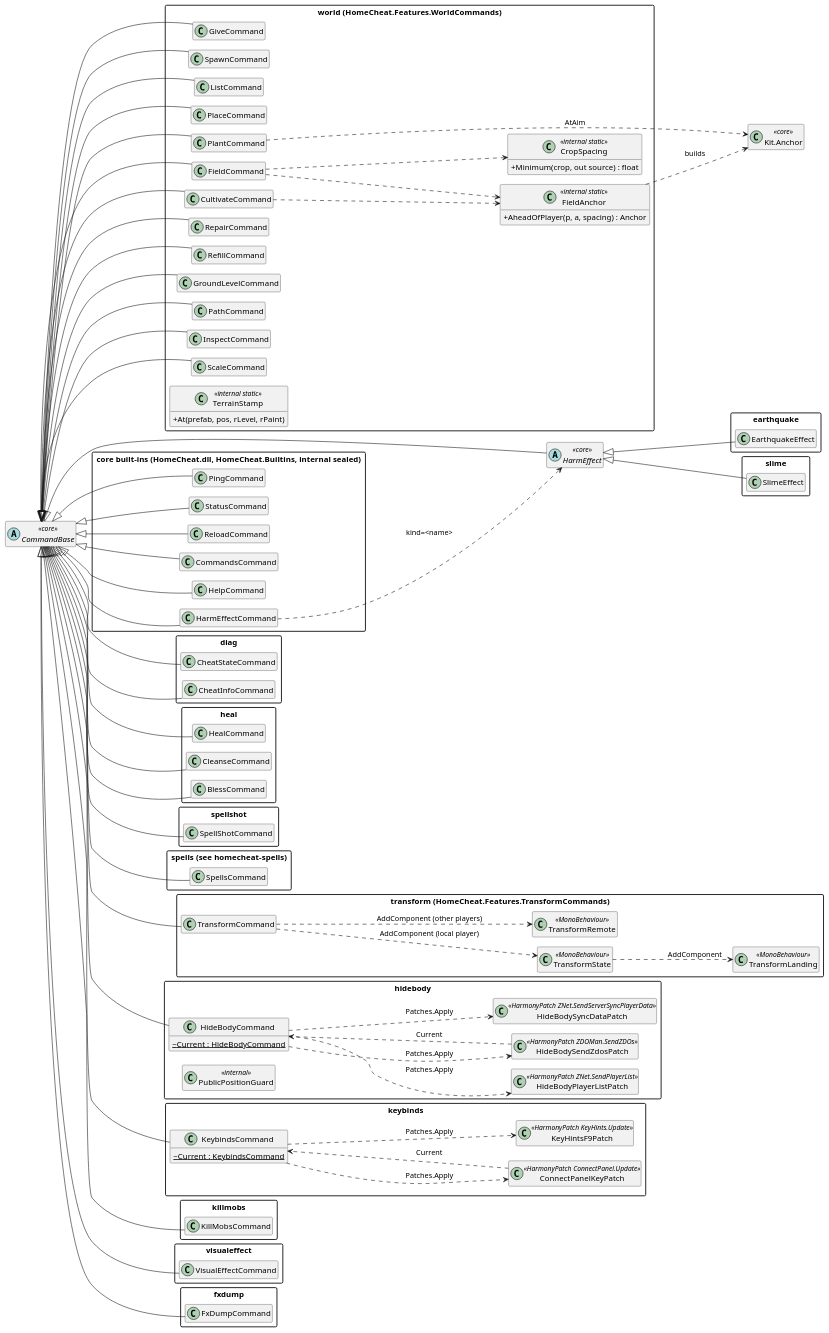
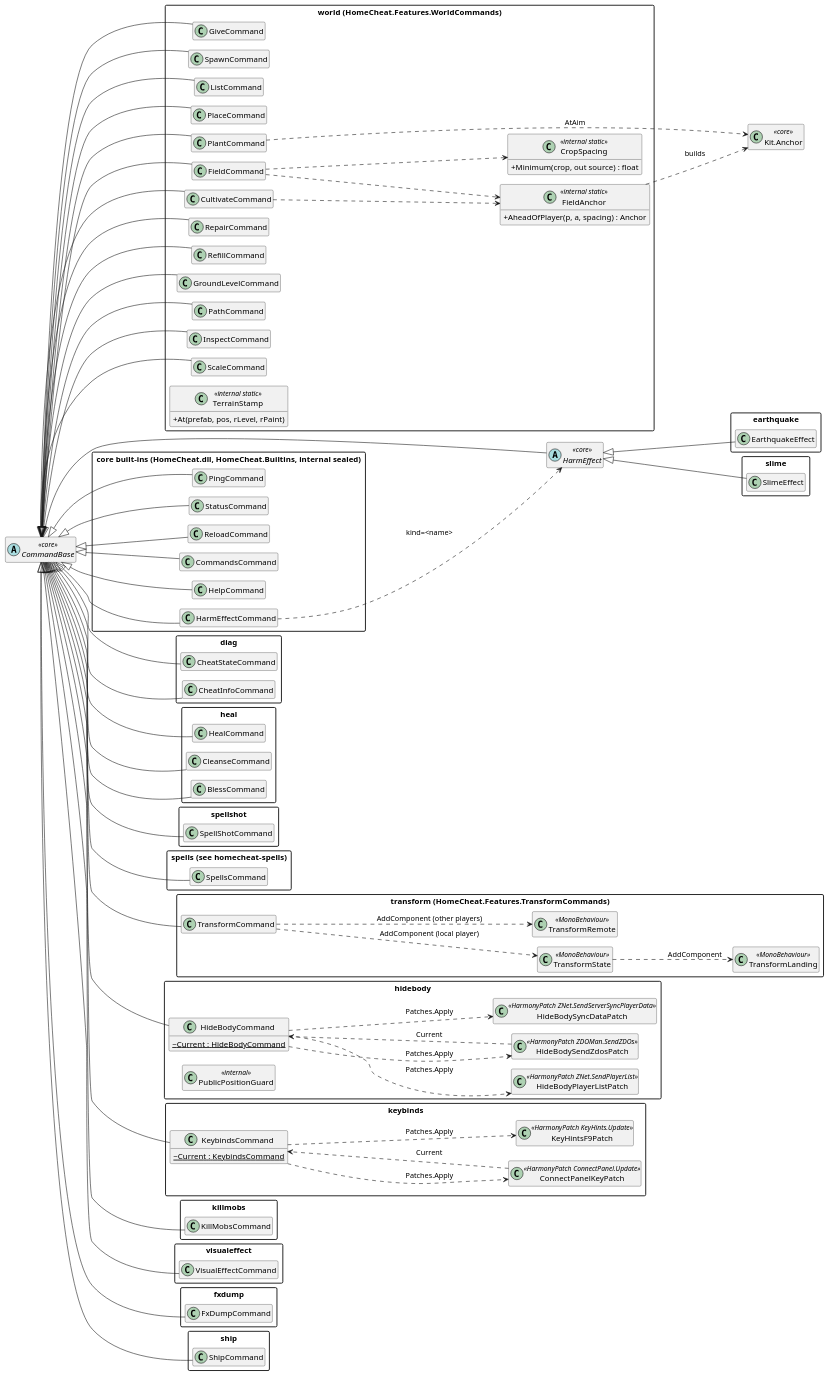
Before and after one commit to Maksym-Denysiuk/ValheimMods: the diagram in docs/diagrams/homecheat-features.puml, drawn with PlantUML. The commit also changed 10 other files, not shown here.

First line of the commit message:
Ship: new command ship, sail force multiplier x1-x10 (W1-ship)

```diff
--- a/docs/diagrams/homecheat-features.puml
+++ b/docs/diagrams/homecheat-features.puml
@@ -1,156 +1,160 @@
 @startuml homecheat-features
 ' HomeCheat feature DLLs: one package = one Features/<Feature> folder = one HomeCheat.Cmd.<feature>.v<stamp>.dll.
 ' 28 feature commands + 6 built-ins = 34. Checked against src/Features on 2026-10-25.
 !pragma layout smetana
 skinparam classAttributeIconSize 0
 skinparam shadowing false
 skinparam packageStyle rectangle
 hide empty members
 left to right direction
 
 abstract class CommandBase <<core>>
 abstract class HarmEffect <<core>>
 class "Kit.Anchor" as KitAnchor <<core>>
 CommandBase <|-- HarmEffect
 
 package "core built-ins  (HomeCheat.dll, HomeCheat.Builtins, internal sealed)" as core {
   class PingCommand
   class StatusCommand
   class ReloadCommand
   class CommandsCommand
   class HelpCommand
   class HarmEffectCommand
 }
 CommandBase <|-- PingCommand
 CommandBase <|-- StatusCommand
 CommandBase <|-- ReloadCommand
 CommandBase <|-- CommandsCommand
 CommandBase <|-- HelpCommand
 CommandBase <|-- HarmEffectCommand
 HarmEffectCommand ..> HarmEffect : kind=<name>
 
 package "world  (HomeCheat.Features.WorldCommands)" as world {
   class GiveCommand
   class SpawnCommand
   class ListCommand
   class PlaceCommand
   class PlantCommand
   class FieldCommand
   class CultivateCommand
   class RepairCommand
   class RefillCommand
   class GroundLevelCommand
   class PathCommand
   class InspectCommand
   class ScaleCommand
   class FieldAnchor <<internal static>> {
     +AheadOfPlayer(p, a, spacing) : Anchor
   }
   class CropSpacing <<internal static>> {
     +Minimum(crop, out source) : float
   }
   class TerrainStamp <<internal static>> {
     +At(prefab, pos, rLevel, rPaint)
   }
 }
 
 package "diag" as diag {
   class CheatStateCommand
   class CheatInfoCommand
 }
 
 package "heal" as heal {
   class HealCommand
   class CleanseCommand
   class BlessCommand
 }
 
 package "earthquake" as eq {
   class EarthquakeEffect
 }
 package "slime" as sl {
   class SlimeEffect
 }
 package "spellshot" as ss {
   class SpellShotCommand
 }
 package "spells  (see homecheat-spells)" as sp {
   class SpellsCommand
 }
 package "transform  (HomeCheat.Features.TransformCommands)" as tr {
   class TransformCommand
   class TransformState <<MonoBehaviour>>
   class TransformRemote <<MonoBehaviour>>
   class TransformLanding <<MonoBehaviour>>
 }
 package "hidebody" as hb {
   class HideBodyCommand {
     ~{static} Current : HideBodyCommand
   }
   class HideBodySendZdosPatch <<HarmonyPatch ZDOMan.SendZDOs>>
   class HideBodyPlayerListPatch <<HarmonyPatch ZNet.SendPlayerList>>
   class HideBodySyncDataPatch <<HarmonyPatch ZNet.SendServerSyncPlayerData>>
   class PublicPositionGuard <<internal>>
 }
 package "keybinds" as kb {
   class KeybindsCommand {
     ~{static} Current : KeybindsCommand
   }
   class ConnectPanelKeyPatch <<HarmonyPatch ConnectPanel.Update>>
   class KeyHintsF9Patch <<HarmonyPatch KeyHints.Update>>
 }
 package "killmobs" as km {
   class KillMobsCommand
 }
 package "visualeffect" as ve {
   class VisualEffectCommand
 }
 package "fxdump" as fd {
   class FxDumpCommand
 }
+package "ship" as sh {
+  class ShipCommand
+}
 
 CommandBase <|-- GiveCommand
 CommandBase <|-- SpawnCommand
 CommandBase <|-- ListCommand
 CommandBase <|-- PlaceCommand
 CommandBase <|-- PlantCommand
 CommandBase <|-- FieldCommand
 CommandBase <|-- CultivateCommand
 CommandBase <|-- RepairCommand
 CommandBase <|-- RefillCommand
 CommandBase <|-- GroundLevelCommand
 CommandBase <|-- PathCommand
 CommandBase <|-- InspectCommand
 CommandBase <|-- ScaleCommand
 CommandBase <|-- CheatStateCommand
 CommandBase <|-- CheatInfoCommand
 CommandBase <|-- HealCommand
 CommandBase <|-- CleanseCommand
 CommandBase <|-- BlessCommand
 HarmEffect <|-- EarthquakeEffect
 HarmEffect <|-- SlimeEffect
 CommandBase <|-- SpellShotCommand
 CommandBase <|-- SpellsCommand
 CommandBase <|-- TransformCommand
 CommandBase <|-- HideBodyCommand
 CommandBase <|-- KeybindsCommand
 CommandBase <|-- KillMobsCommand
 CommandBase <|-- VisualEffectCommand
 CommandBase <|-- FxDumpCommand
+CommandBase <|-- ShipCommand
 
 FieldCommand ..> FieldAnchor
 CultivateCommand ..> FieldAnchor
 FieldCommand ..> CropSpacing
 FieldAnchor ..> KitAnchor : builds
 PlantCommand ..> KitAnchor : AtAim
 TransformCommand ..> TransformState : AddComponent (local player)
 TransformCommand ..> TransformRemote : AddComponent (other players)
 TransformState ..> TransformLanding : AddComponent
 HideBodyCommand ..> HideBodySendZdosPatch : Patches.Apply
 HideBodyCommand ..> HideBodyPlayerListPatch : Patches.Apply
 HideBodyCommand ..> HideBodySyncDataPatch : Patches.Apply
 HideBodySendZdosPatch ..> HideBodyCommand : Current
 KeybindsCommand ..> ConnectPanelKeyPatch : Patches.Apply
 KeybindsCommand ..> KeyHintsF9Patch : Patches.Apply
 ConnectPanelKeyPatch ..> KeybindsCommand : Current
 @enduml
```
